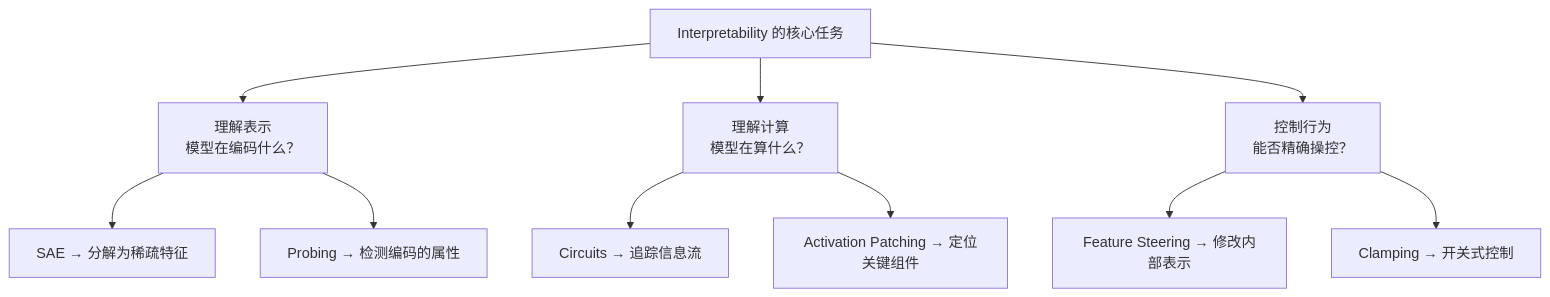
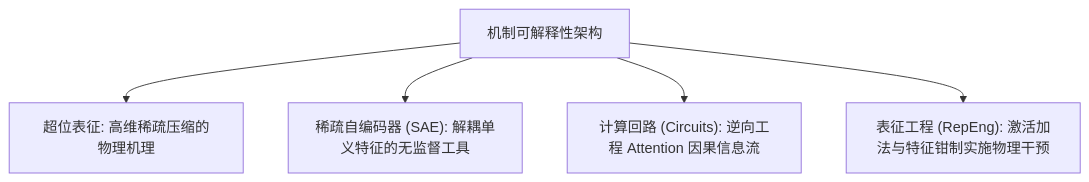
Before and after one commit to yingwang/thinking-in-llm: the eighth of 8 diagrams in chapters/13-interpretability.md, drawn with Mermaid. The commit also changed other lines of this file and 31 other files, not shown here.

````diff
--- a/chapters/13-interpretability.md
+++ b/chapters/13-interpretability.md
@@ -764,16 +310,7 @@
 ```mermaid
 graph TB
-    A["Interpretability 的核心任务"]
-    A --> B["理解表示<br/>模型在编码什么？"]
-    A --> C["理解计算<br/>模型在算什么？"]
-    A --> D["控制行为<br/>能否精确操控？"]
-    
-    B --> B1["SAE → 分解为稀疏特征"]
-    B --> B2["Probing → 检测编码的属性"]
-    
-    C --> C1["Circuits → 追踪信息流"]
-    C --> C2["Activation Patching → 定位关键组件"]
-    
-    D --> D1["Feature Steering → 修改内部表示"]
-    D --> D2["Clamping → 开关式控制"]
+    A["机制可解释性架构"] --> B["超位表征: 高维稀疏压缩的物理机理"]
+    A --> C["稀疏自编码器 (SAE): 解耦单义特征的无监督工具"]
+    A --> D["计算回路 (Circuits): 逆向工程 Attention 因果信息流"]
+    A --> E["表征工程 (RepEng): 激活加法与特征钳制实施物理干预"]
 ```
````
